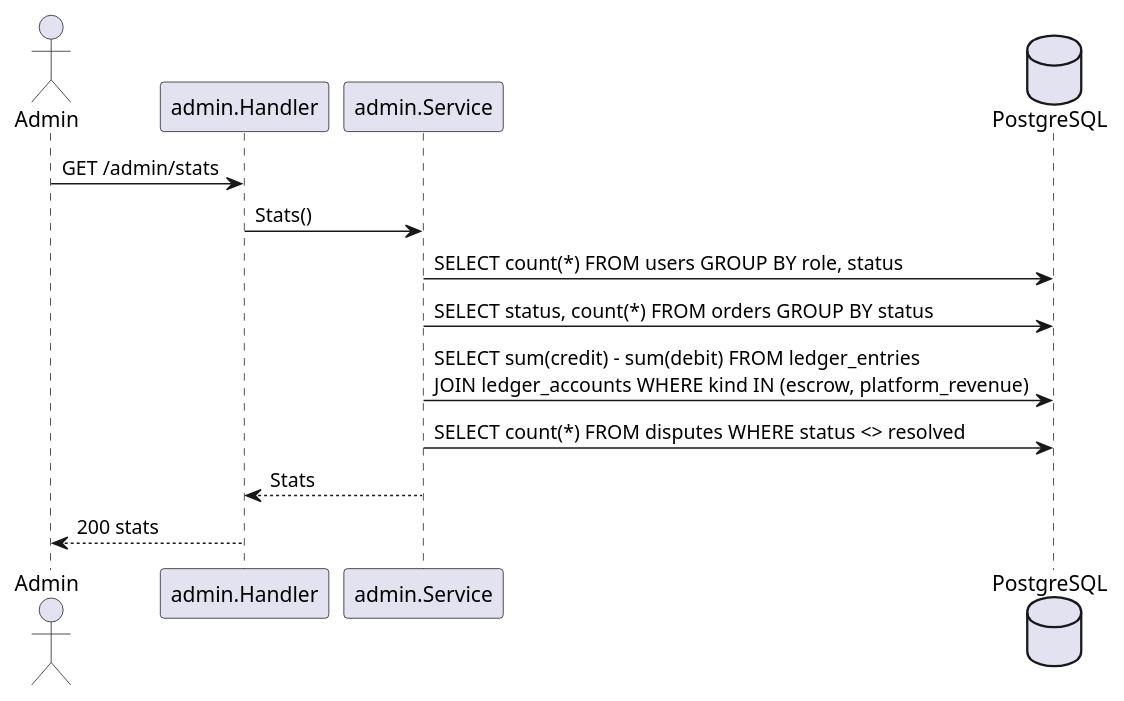
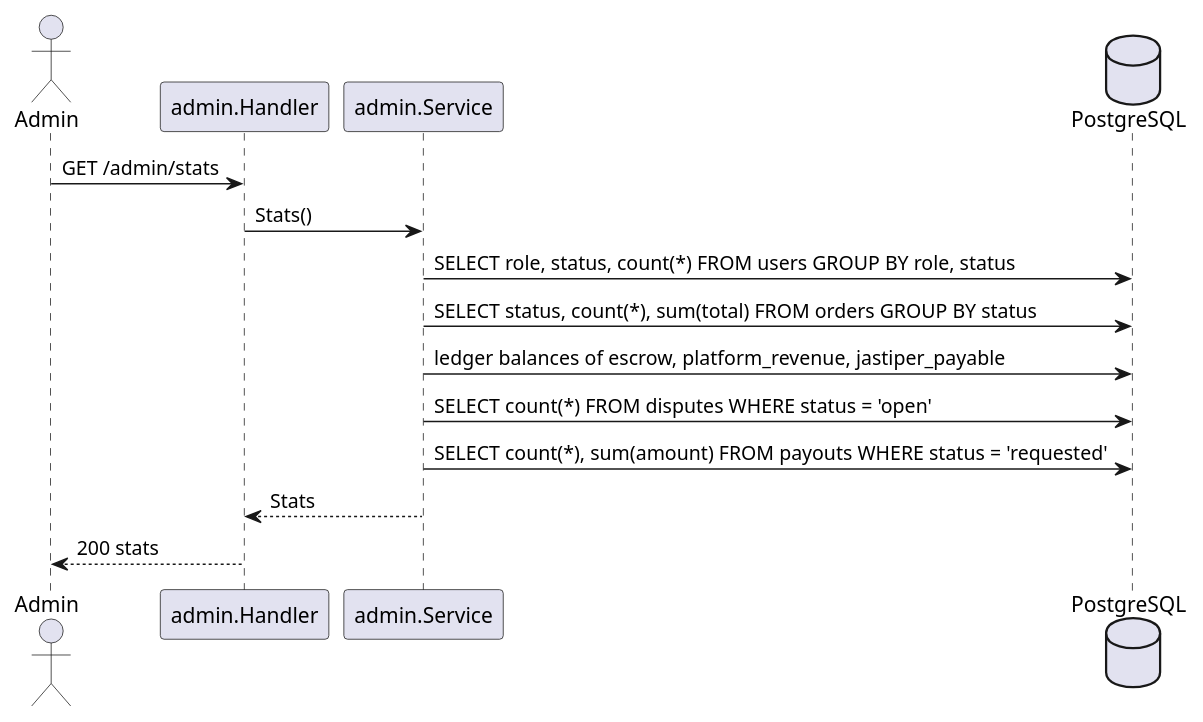
The second of 2 diagrams in docs/features/admin.md (Titip-Dong/titipdong-be), drawn with PlantUML before and after one commit. The commit also changed other lines of this file and 11 other files, not shown here.

````diff
--- a/docs/features/admin.md
+++ b/docs/features/admin.md
@@ -190,17 +118,18 @@
 ```plantuml
 @startuml
 actor Admin
 participant "admin.Handler" as H
 participant "admin.Service" as S
 database PostgreSQL as DB
 
 Admin -> H : GET /admin/stats
 H -> S : Stats()
-S -> DB : SELECT count(*) FROM users GROUP BY role, status
-S -> DB : SELECT status, count(*) FROM orders GROUP BY status
-S -> DB : SELECT sum(credit) - sum(debit) FROM ledger_entries\nJOIN ledger_accounts WHERE kind IN (escrow, platform_revenue)
-S -> DB : SELECT count(*) FROM disputes WHERE status <> resolved
+S -> DB : SELECT role, status, count(*) FROM users GROUP BY role, status
+S -> DB : SELECT status, count(*), sum(total) FROM orders GROUP BY status
+S -> DB : ledger balances of escrow, platform_revenue, jastiper_payable
+S -> DB : SELECT count(*) FROM disputes WHERE status = 'open'
+S -> DB : SELECT count(*), sum(amount) FROM payouts WHERE status = 'requested'
 S --> H : Stats
 H --> Admin : 200 stats
 @enduml
 ```
````
